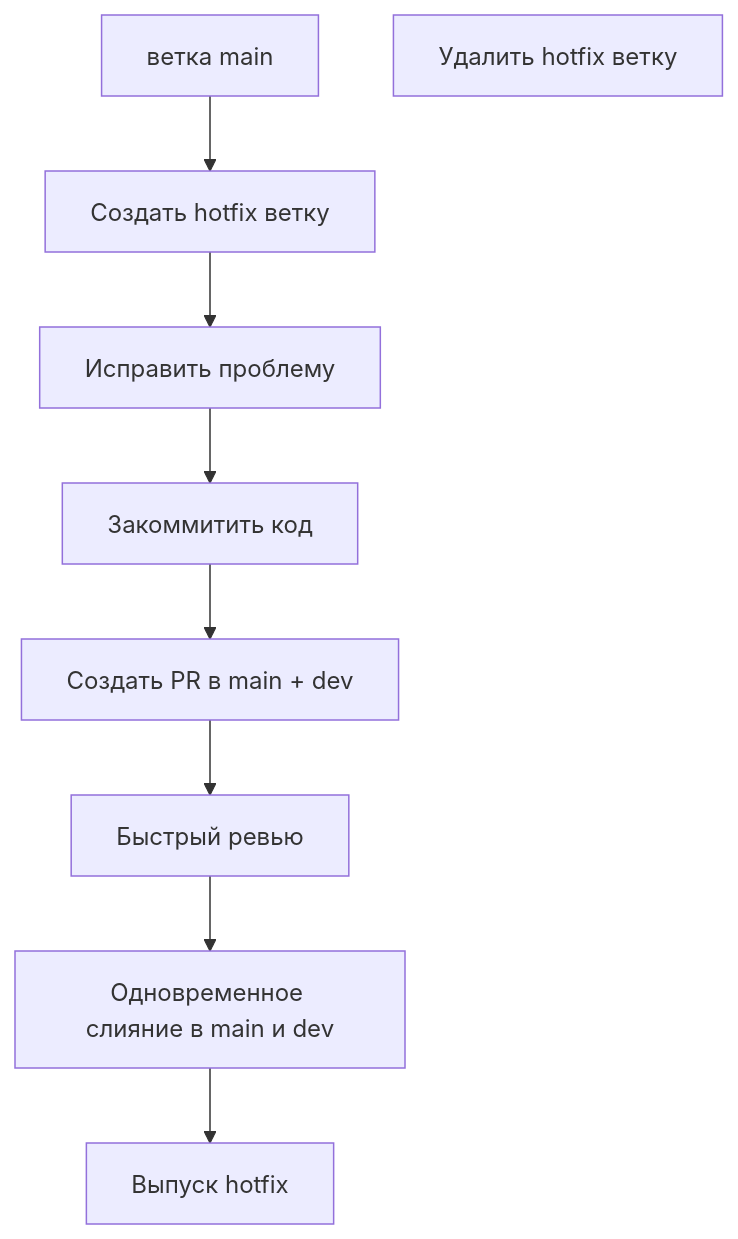
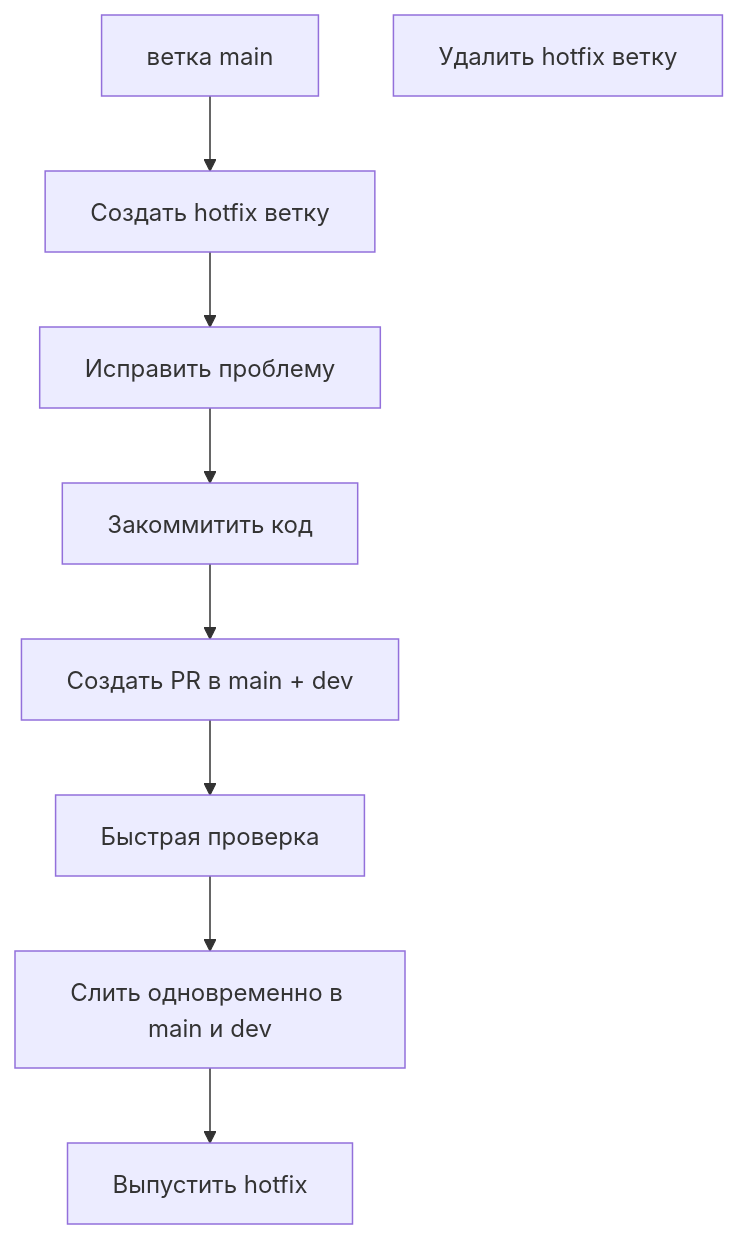
The second of 3 diagrams in docs/src/ru/dev/branch-maintenance-guide.md (ChenXu233/YaoXiang), drawn with Mermaid before and after one commit. The commit also changed other lines of this file and 163 other files, not shown here.

````diff
--- a/docs/src/ru/dev/branch-maintenance-guide.md
+++ b/docs/src/ru/dev/branch-maintenance-guide.md
@@ -168,11 +167,11 @@
 ```mermaid
 graph TD
     A[ветка main] --> B[Создать hotfix ветку]
     B --> C[Исправить проблему]
     C --> D[Закоммитить код]
     D --> E[Создать PR в main + dev]
-    E --> F[Быстрый ревью]
-    F --> G[Одновременное слияние в main и dev]
-    G --> H[Выпуск hotfix]
+    E --> F[Быстрая проверка]
+    F --> G[Слить одновременно в main и dev]
+    G --> H[Выпустить hotfix]
     I[Удалить hotfix ветку]
 ```
````
